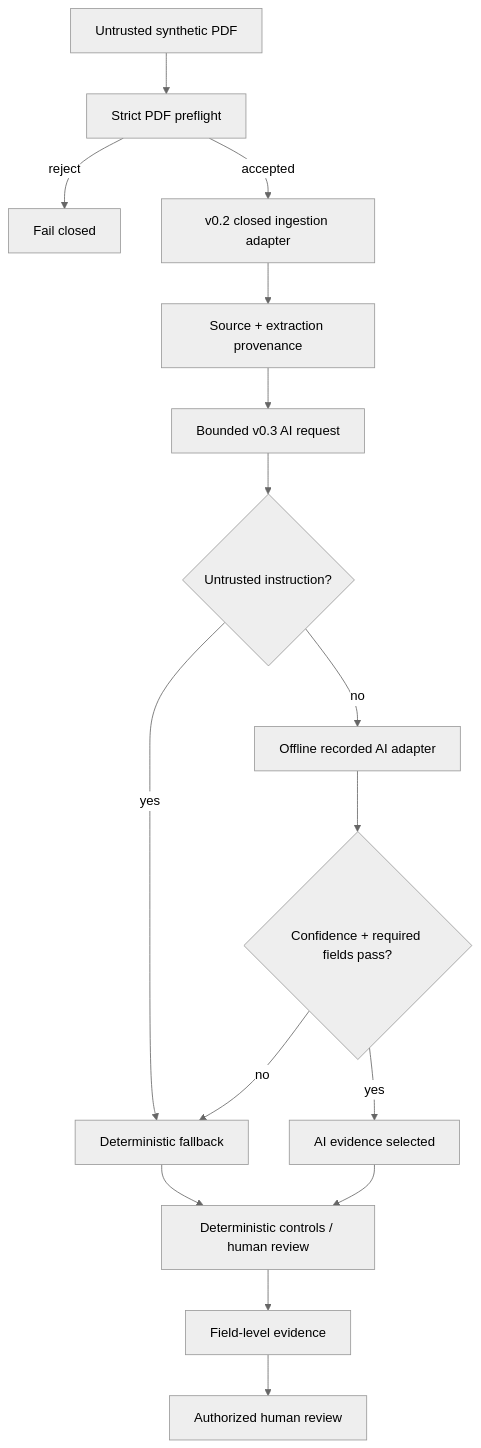
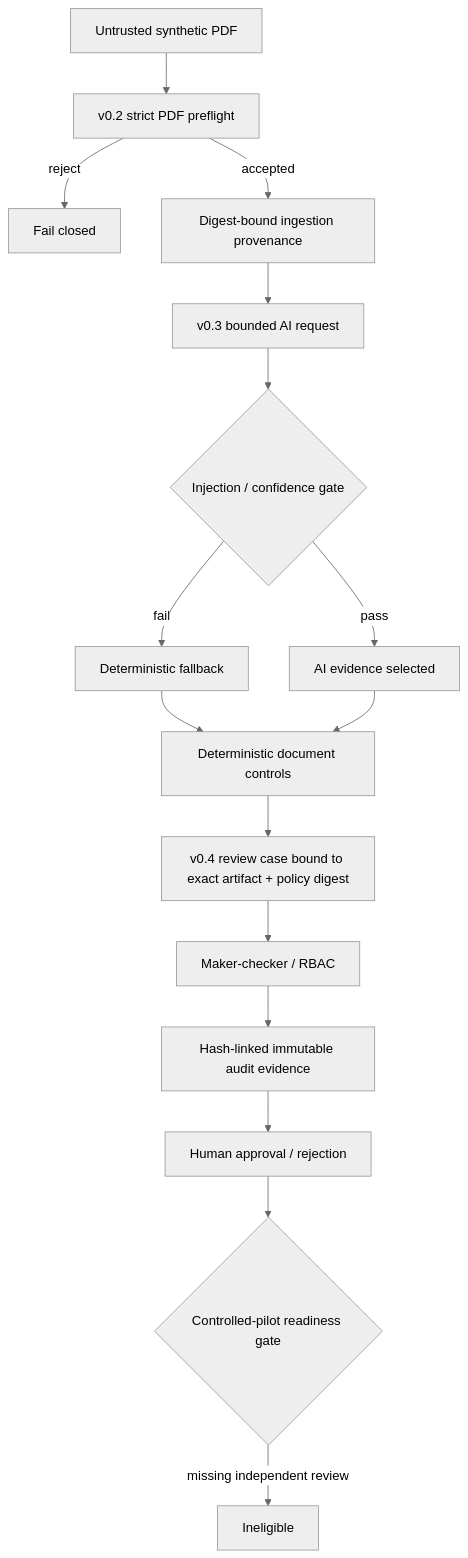
Before and after one commit to bilgekayali/structurax: the diagram in README.md, drawn with Mermaid (neutral theme). The commit also changed other lines of this file and 31 other files, not shown here.

First line of the commit message:
feat: StructuraX v0.4 controlled pilot readiness (#4)

````diff
--- a/README.md
+++ b/README.md
@@ -28,18 +18,18 @@
 ```mermaid
 flowchart TD
-    A["Untrusted synthetic PDF"] --> P["Strict PDF preflight"]
+    A["Untrusted synthetic PDF"] --> P["v0.2 strict PDF preflight"]
     P -->|reject| X["Fail closed"]
-    P -->|accepted| I["v0.2 closed ingestion adapter"]
-    I --> V["Source + extraction provenance"]
-    V --> Q["Bounded v0.3 AI request"]
-    Q --> J{"Untrusted instruction?"}
-    J -->|yes| F["Deterministic fallback"]
-    J -->|no| R["Offline recorded AI adapter"]
-    R --> C{"Confidence + required fields pass?"}
-    C -->|no| F
-    C -->|yes| S["AI evidence selected"]
-    F --> D["Deterministic controls / human review"]
+    P -->|accepted| I["Digest-bound ingestion provenance"]
+    I --> Q["v0.3 bounded AI request"]
+    Q --> J{"Injection / confidence gate"}
+    J -->|fail| F["Deterministic fallback"]
+    J -->|pass| S["AI evidence selected"]
+    F --> D["Deterministic document controls"]
     S --> D
-    D --> E["Field-level evidence"]
-    E --> H["Authorized human review"]
+    D --> C["v0.4 review case bound to exact artifact + policy digest"]
+    C --> M["Maker-checker / RBAC"]
+    M --> E["Hash-linked immutable audit evidence"]
+    E --> H["Human approval / rejection"]
+    H --> G{"Controlled-pilot readiness gate"}
+    G -->|missing independent review| B["Ineligible"]
 ```
````
